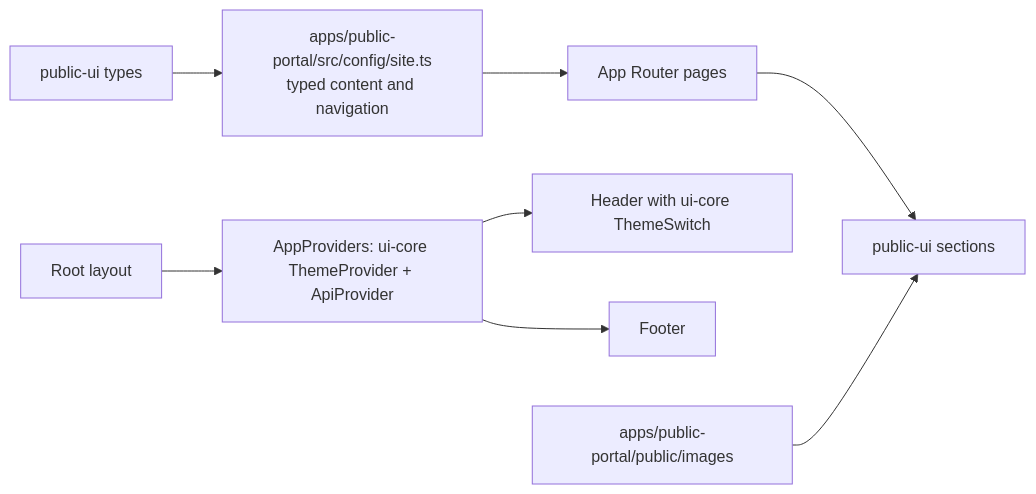
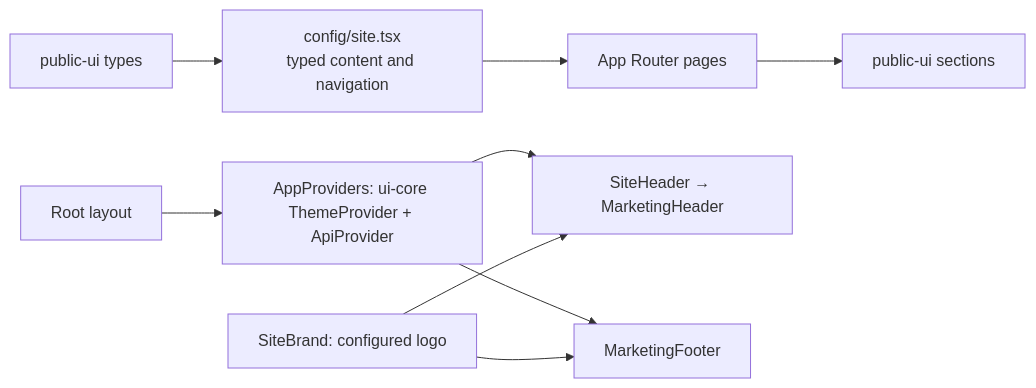
The diagram in docs/architecture/04-public-portal-architecture.md (chukwuemekanweke/nextjs-project-template), drawn with Mermaid before and after one commit. The commit also changed other lines of this file and 144 other files, not shown here.

First line of the commit message:
feat(public): redesign the marketing site on the shared design system (#42)

````diff
--- a/docs/architecture/04-public-portal-architecture.md
+++ b/docs/architecture/04-public-portal-architecture.md
@@ -11,10 +25,11 @@
 ```mermaid
 flowchart LR
-  config[apps/public-portal/src/config/site.ts\ntyped content and navigation] --> pages[App Router pages]
+  config[config/site.tsx\ntyped content and navigation] --> pages[App Router pages]
   types[public-ui types] --> config
   pages --> sections[public-ui sections]
   layout[Root layout] --> provider[AppProviders: ui-core ThemeProvider + ApiProvider]
-  provider --> header[Header with ui-core ThemeSwitch]
-  provider --> footer[Footer]
-  assets[apps/public-portal/public/images] --> sections
+  provider --> header[SiteHeader → MarketingHeader]
+  provider --> footer[MarketingFooter]
+  brand[SiteBrand: configured logo] --> header
+  brand --> footer
 ```
````
